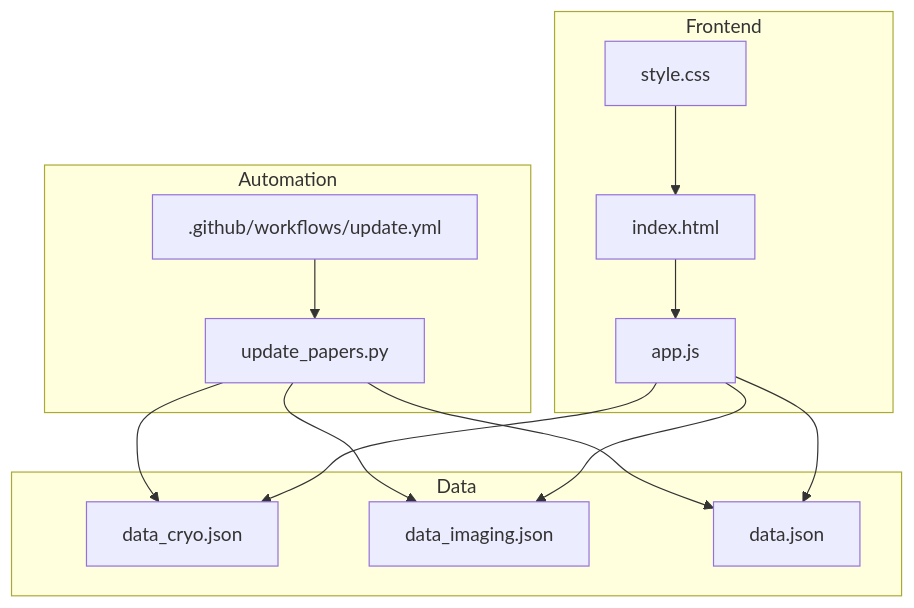
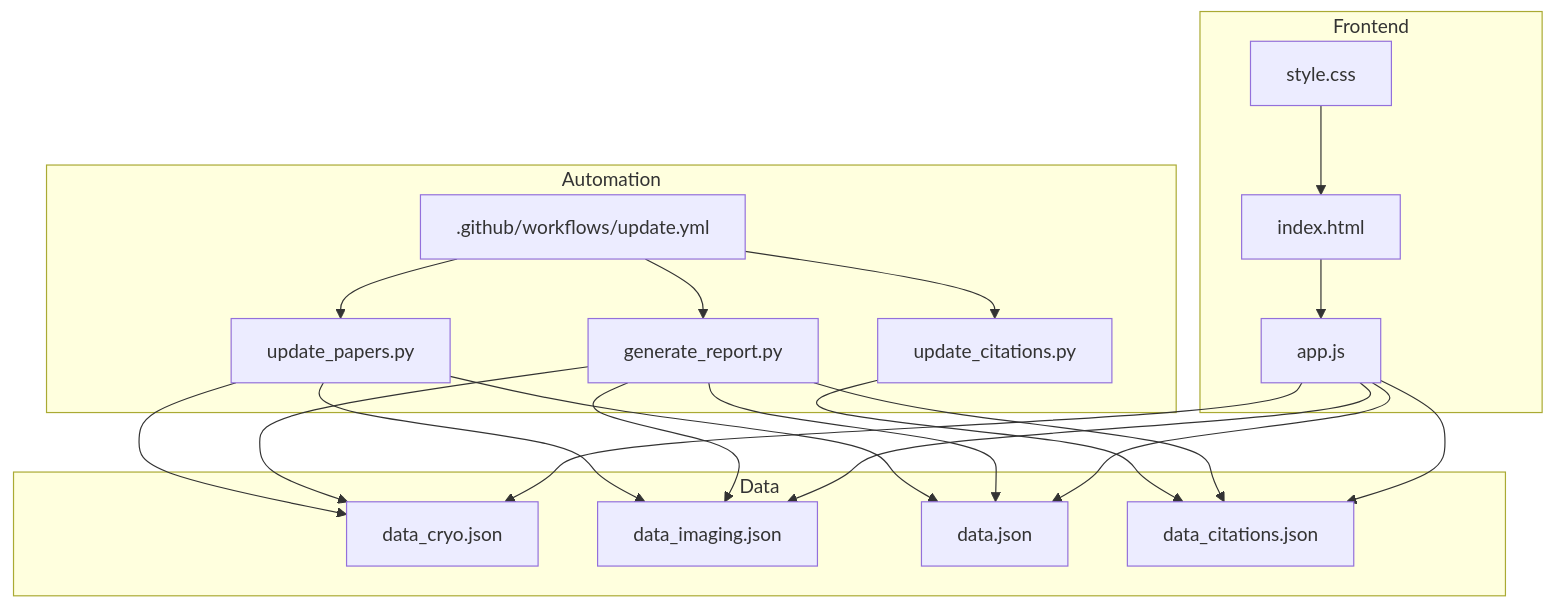
Before and after one commit to junxie01/cryoseismology_papers: the first of 20 diagrams in .qoder/repowiki/en/content/Core Components/Paper Collection Engine.md, drawn with Mermaid. The commit also changed other lines of this file and 12 other files, not shown here.

````diff
--- a/.qoder/repowiki/en/content/Core Components/Paper Collection Engine.md
+++ b/.qoder/repowiki/en/content/Core Components/Paper Collection Engine.md
@@ -50,26 +56,37 @@
 ```mermaid
 graph TB
 subgraph "Automation"
 UP["update_papers.py"]
+UC["update_citations.py"]
+GR["generate_report.py"]
 WF[".github/workflows/update.yml"]
 end
 subgraph "Frontend"
 HTML["index.html"]
 JS["app.js"]
 CSS["style.css"]
 end
 subgraph "Data"
 DC["data_cryo.json"]
 DI["data_imaging.json"]
 DJ["data.json"]
+DCIT["data_citations.json"]
 end
 WF --> UP
+WF --> UC
+WF --> GR
 UP --> DC
 UP --> DI
 UP --> DJ
+UC --> DCIT
+GR --> DC
+GR --> DI
+GR --> DJ
+GR --> DCIT
 HTML --> JS
 JS --> DC
 JS --> DI
 JS --> DJ
+JS --> DCIT
 CSS --> HTML
 ```
````
